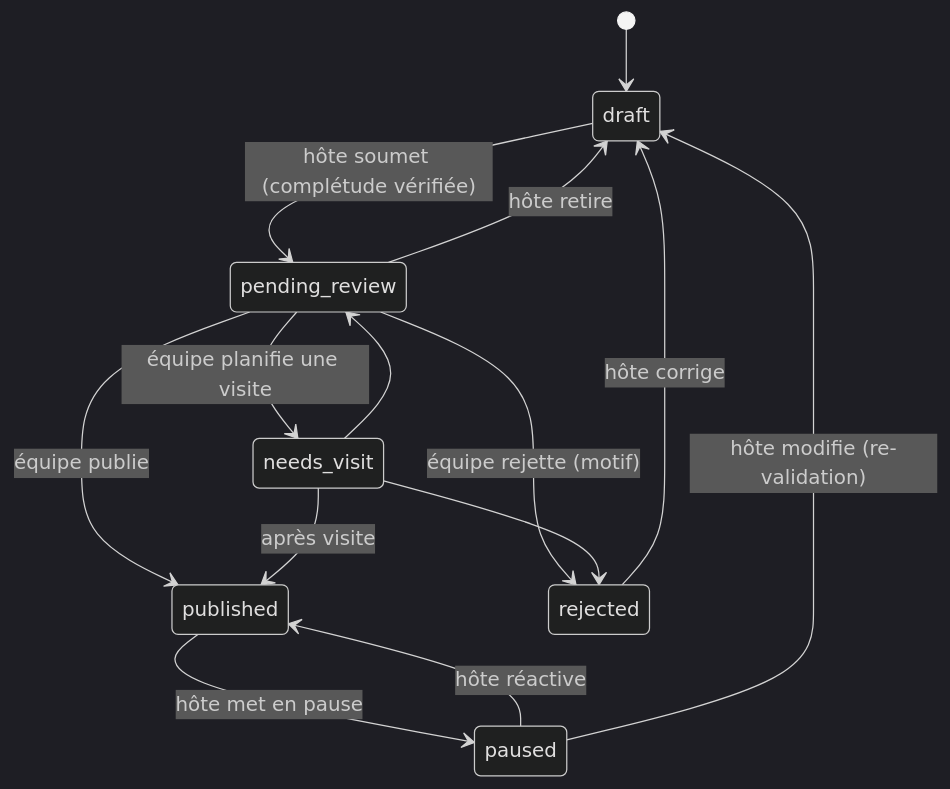
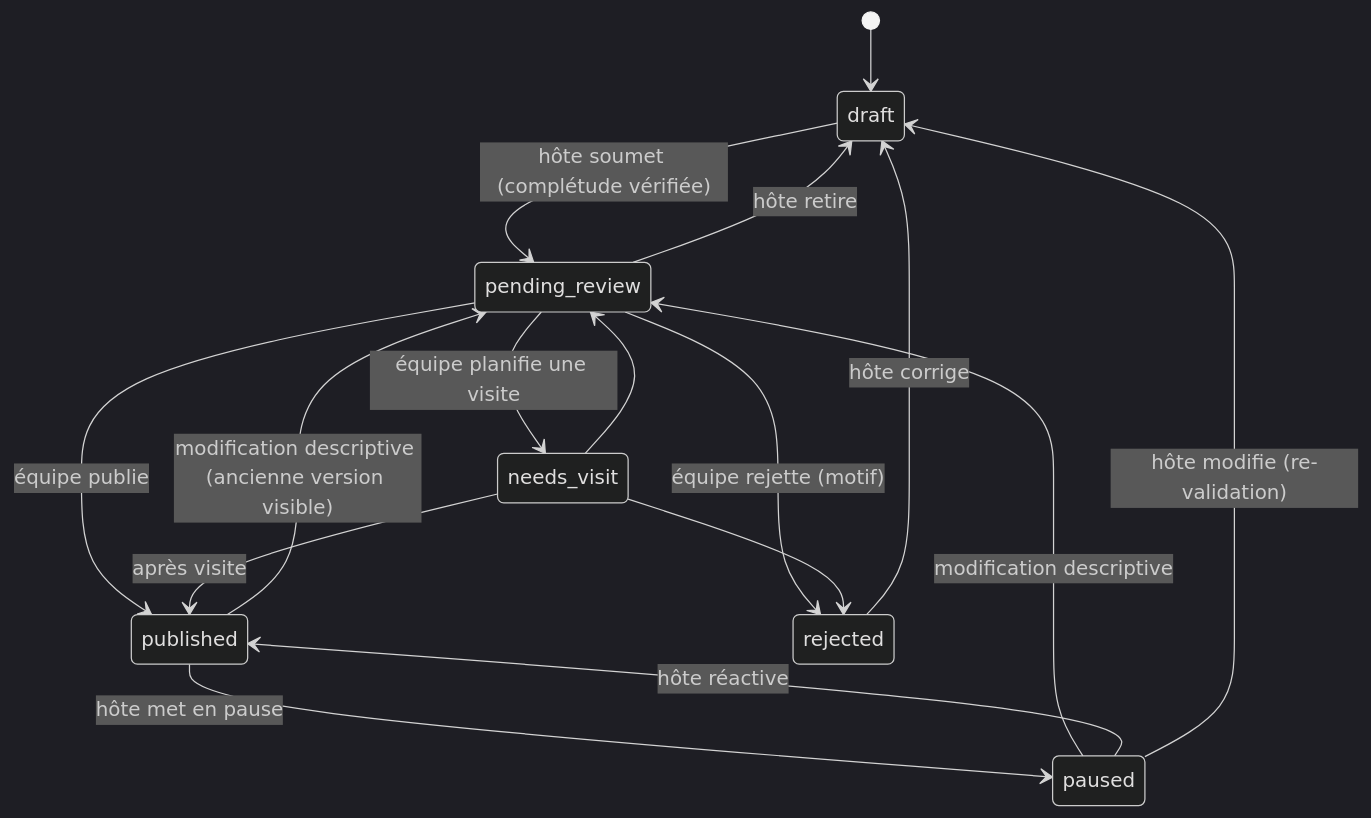
The second of 2 diagrams in docs/data-model.md (ahmedsaadani/loka), drawn with Mermaid (dark theme) before and after one commit. The commit also changed other lines of this file and 31 other files, not shown here.

````diff
--- a/docs/data-model.md
+++ b/docs/data-model.md
@@ -129,16 +136,18 @@
 ```mermaid
 stateDiagram-v2
   [*] --> draft
   draft --> pending_review : hôte soumet (complétude vérifiée)
   pending_review --> needs_visit : équipe planifie une visite
   pending_review --> published : équipe publie
   pending_review --> rejected : équipe rejette (motif)
   pending_review --> draft : hôte retire
   needs_visit --> published : après visite
   needs_visit --> rejected
   needs_visit --> pending_review
   published --> paused : hôte met en pause
+  published --> pending_review : modification descriptive (ancienne version visible)
+  paused --> pending_review : modification descriptive
   paused --> published : hôte réactive
   paused --> draft : hôte modifie (re-validation)
   rejected --> draft : hôte corrige
 ```
````
